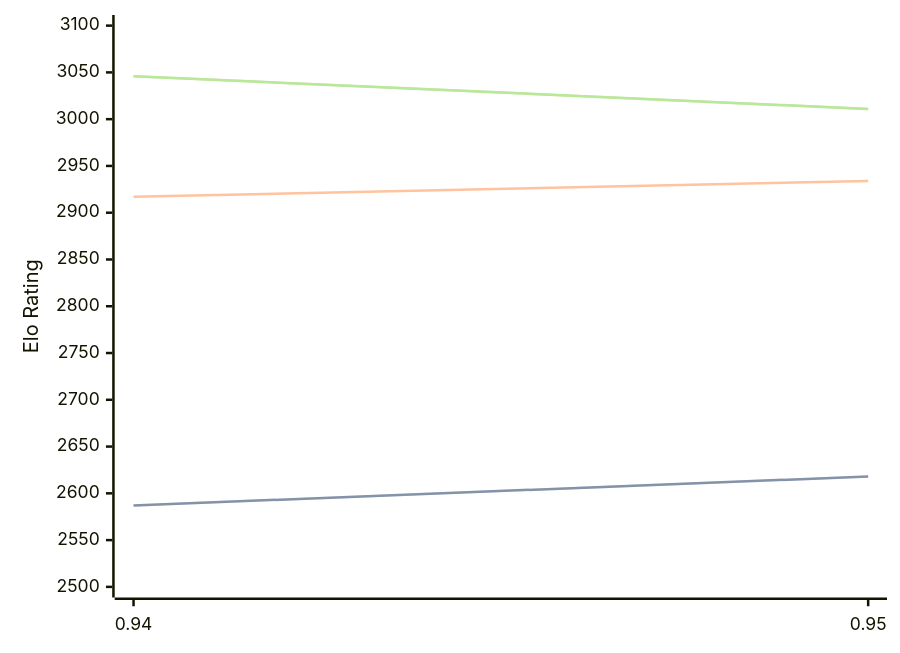
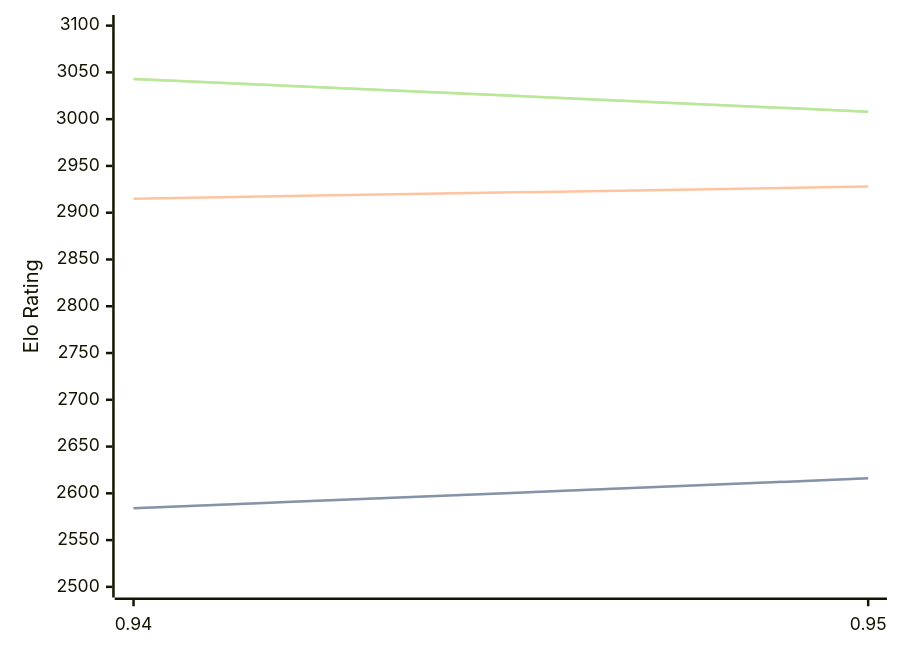
One commit to computer-chess-index/cci changed the diagram in engines/Myrddin.md. Above: the diagram before and after it, drawn with Mermaid. The commit also changed other lines of this file, not shown here.

Commit message:
Update CCI Ratings (ELO VLTC) - 2026-06-08

````diff
--- a/engines/Myrddin.md
+++ b/engines/Myrddin.md
@@ -37,11 +37,11 @@
 ```mermaid
 %%{init: {"theme":"base","themeVariables":{"seriesColors:['#a3a3a3','#222221','#faa371']}}}%%
 xychart-beta
   x-axis ["0.94", "0.95"]
   y-axis "Elo Rating" 2500 --> 3100
-  line "STC (8.0+0.08s)" [2587, 2618]
-  line "STC (8.0+0.08s)" [2587, 2618]
-  line "LTC (60.0+0.60s)" [2917, 2934]
-  line "VLTC (2m24s+1.12s)" [3046, 3011]
-  line "VLTC (2m24s+1.12s)" [3046, 3011]
+  line "STC (8.0+0.08s)" [2584, 2616]
+  line "STC (8.0+0.08s)" [2584, 2616]
+  line "LTC (60.0+0.60s)" [2915, 2928]
+  line "VLTC (2m24s+1.12s)" [3043, 3008]
+  line "VLTC (2m24s+1.12s)" [3043, 3008]
 ```
````
